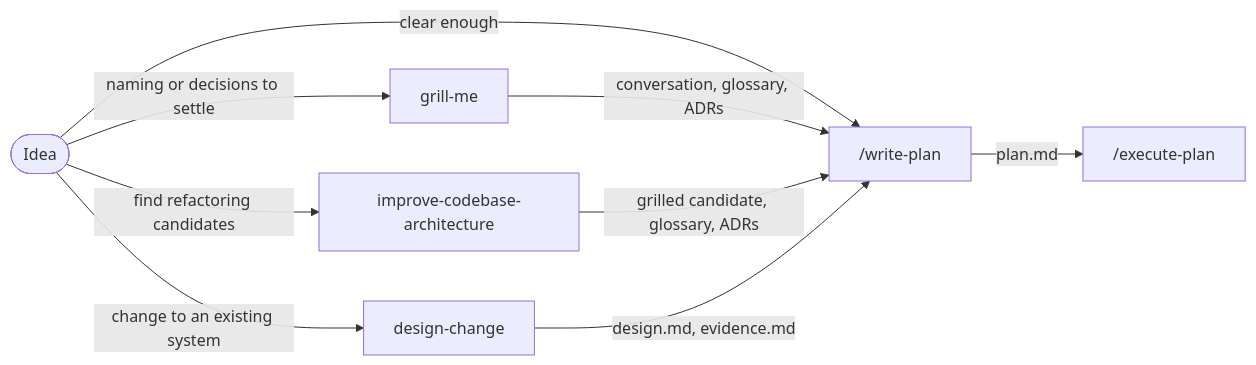
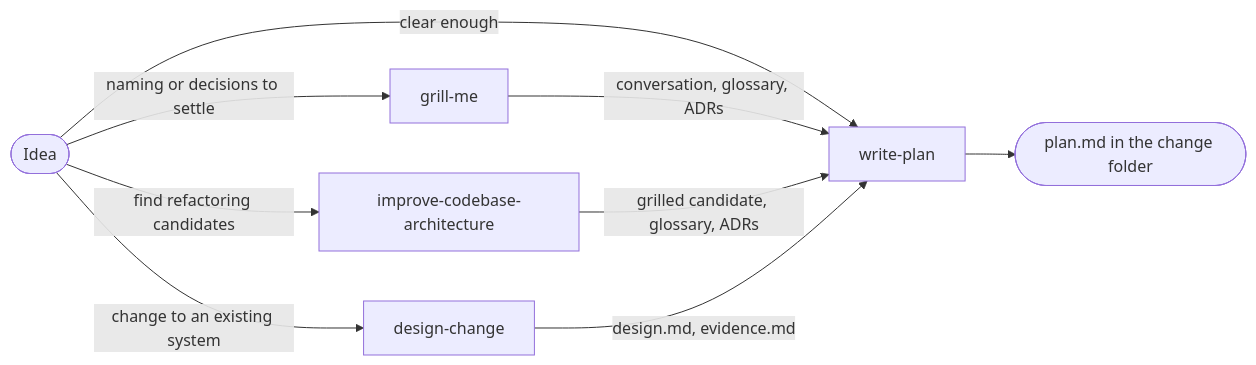
The third of 4 diagrams in README.md (berekvolgyipeter/dotclaude), drawn with Mermaid before and after one commit. The commit also changed other lines of this file and 16 other files, not shown here.

````diff
--- a/README.md
+++ b/README.md
@@ -37,11 +47,11 @@
 ```mermaid
 flowchart LR
-    Idea([Idea]) -->|clear enough| WP["/write-plan"]
+    Idea([Idea]) -->|clear enough| WP[write-plan]
     Idea -->|naming or decisions to settle| Grill[grill-me]
     Idea -->|find refactoring candidates| ICA[improve-codebase-architecture]
     Idea -->|change to an existing system| DC[design-change]
     Grill -->|conversation, glossary, ADRs| WP
     ICA -->|grilled candidate, glossary, ADRs| WP
     DC -->|design.md, evidence.md| WP
-    WP -->|plan.md| EP["/execute-plan"]
+    WP --> Plan([plan.md in the change folder])
 ```
````
